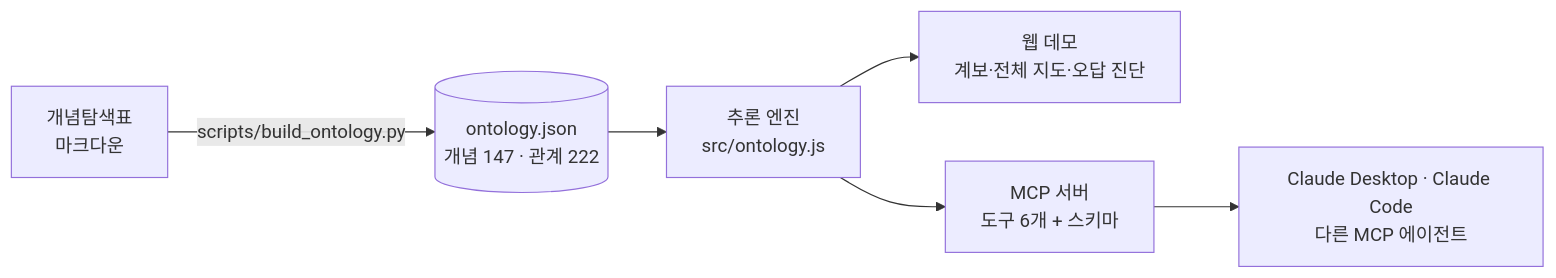
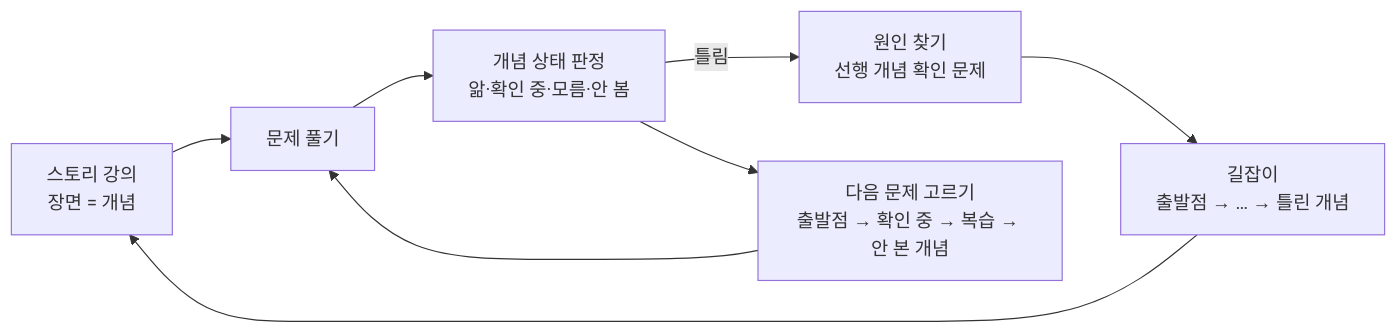
The diagram in README.md (charming-chanmin/cs-ontology-agent), drawn with Mermaid before and after one commit. The commit also changed other lines of this file and 24 other files, not shown here.

````diff
--- a/README.md
+++ b/README.md
@@ -21,8 +29,10 @@
 ```mermaid
 flowchart LR
-  A[개념탐색표<br/>마크다운] -->|scripts/build_ontology.py| B[(ontology.json<br/>개념 147 · 관계 222)]
-  B --> C[추론 엔진<br/>src/ontology.js]
-  C --> D[웹 데모<br/>계보·전체 지도·오답 진단]
-  C --> E[MCP 서버<br/>도구 6개 + 스키마]
-  E --> F[Claude Desktop · Claude Code<br/>다른 MCP 에이전트]
+  A[스토리 강의<br/>장면 = 개념] --> B[문제 풀기]
+  B --> C[개념 상태 판정<br/>앎·확인 중·모름·안 봄]
+  C -->|틀림| D[원인 찾기<br/>선행 개념 확인 문제]
+  D --> G[길잡이<br/>출발점 → … → 틀린 개념]
+  G --> A
+  C --> E[다음 문제 고르기<br/>출발점 → 확인 중 → 복습 → 안 본 개념]
+  E --> B
 ```
````
